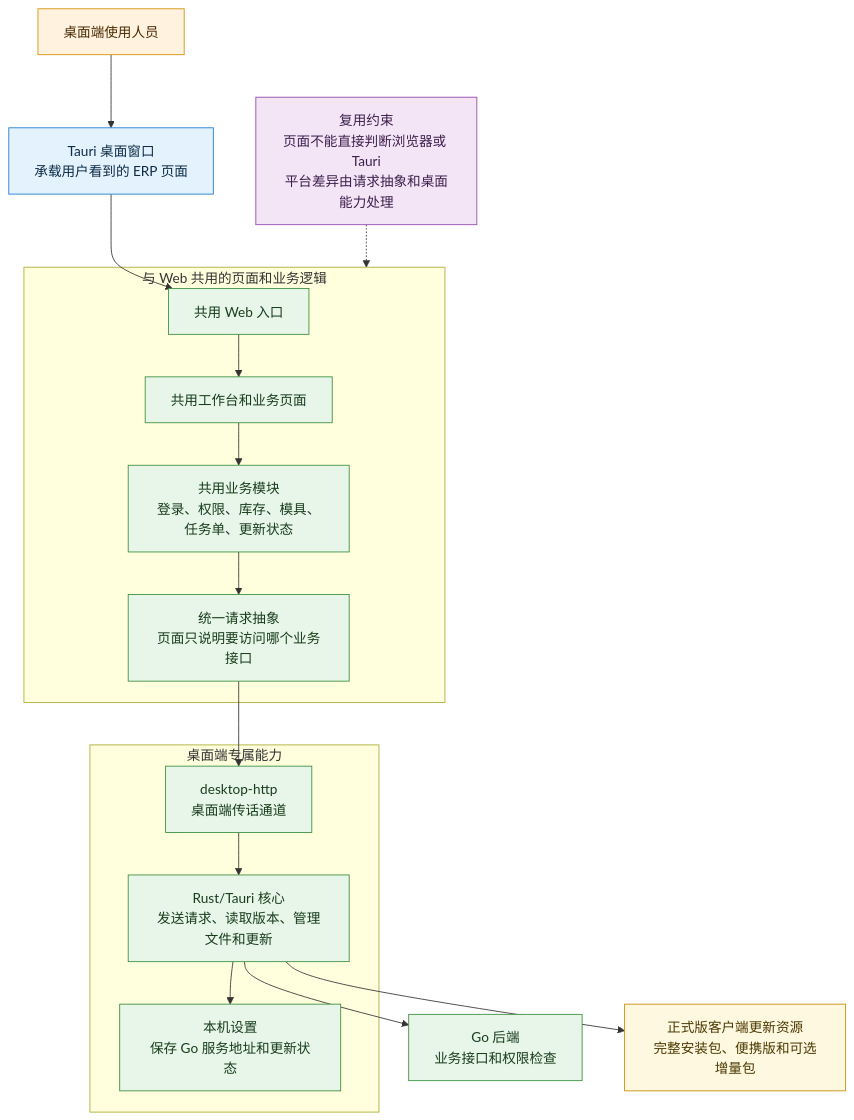
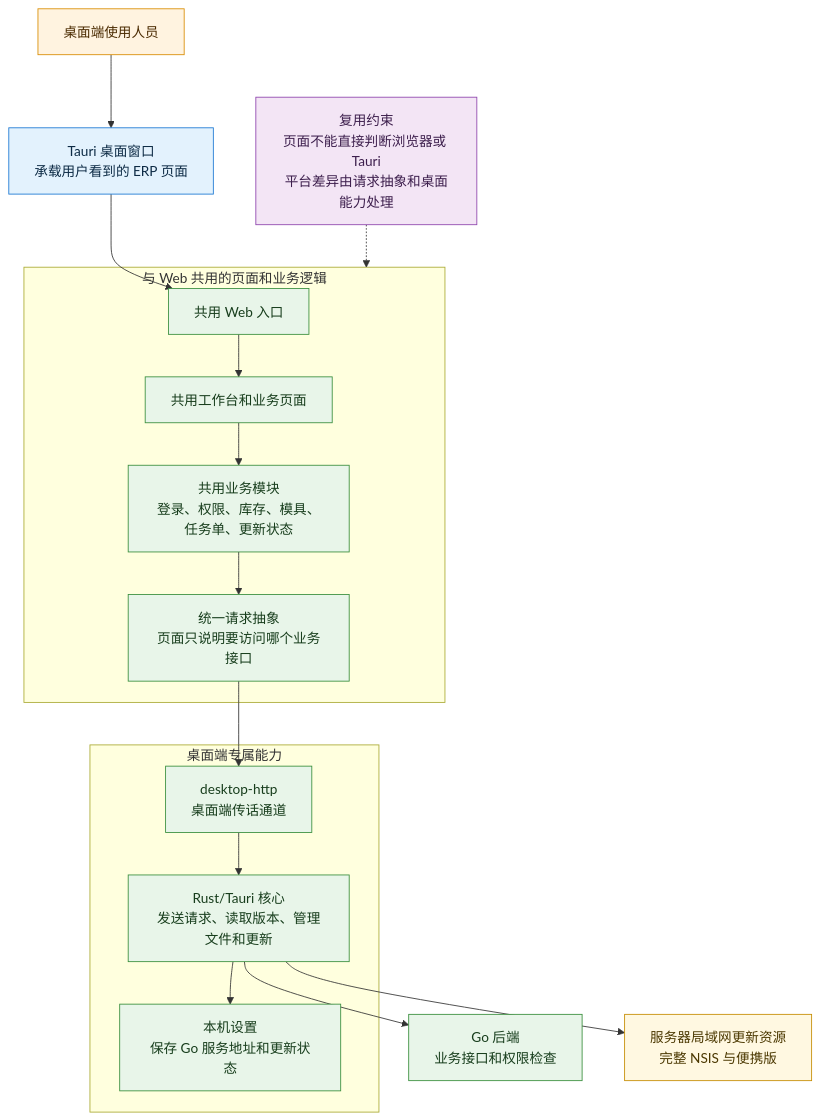
One commit to SilenceJR/bb_erp_echo changed the second of 7 diagrams in docs/WEB_CLIENT_ARCHITECTURE.md. Above: the diagram before and after it, drawn with Mermaid. The commit also changed other lines of this file and 53 other files, not shown here.

```diff
--- a/docs/WEB_CLIENT_ARCHITECTURE.md
+++ b/docs/WEB_CLIENT_ARCHITECTURE.md
@@ -70,41 +70,41 @@
 ~~~mermaid
 flowchart TB
     user["桌面端使用人员"]:::user
     window["Tauri 桌面窗口<br/>承载用户看到的 ERP 页面"]:::entry
 
     subgraph shared["与 Web 共用的页面和业务逻辑"]
         main["共用 Web 入口"]:::done
         workspace["共用工作台和业务页面"]:::done
         composables["共用业务模块<br/>登录、权限、库存、模具、任务单、更新状态"]:::done
         transport["统一请求抽象<br/>页面只说明要访问哪个业务接口"]:::done
     end
 
     subgraph desktop["桌面端专属能力"]
         bridge["desktop-http<br/>桌面端传话通道"]:::done
         rust["Rust/Tauri 核心<br/>发送请求、读取版本、管理文件和更新"]:::done
         local["本机设置<br/>保存 Go 服务地址和更新状态"]:::done
     end
 
     server["Go 后端<br/>业务接口和权限检查"]:::done
-    packages["正式版客户端更新资源<br/>完整安装包、便携版和可选增量包"]:::pending
+    packages["服务器局域网更新资源<br/>完整 NSIS 与便携版"]:::pending
 
     user --> window
     window --> main
     main --> workspace
     workspace --> composables
     composables --> transport
     transport --> bridge
     bridge --> rust
     rust --> server
     rust --> local
     rust --> packages
 
     boundary["复用约束<br/>页面不能直接判断浏览器或 Tauri<br/>平台差异由请求抽象和桌面能力处理"]:::boundary
     boundary -.-> shared
 
     classDef user fill:#fff3e0,stroke:#d98c00,color:#4a2a00
     classDef entry fill:#e3f2fd,stroke:#1976d2,color:#0d2b45
     classDef done fill:#e8f5e9,stroke:#388e3c,color:#173d1c
     classDef pending fill:#fff8e1,stroke:#c58b00,color:#4b3800
     classDef boundary fill:#f3e5f5,stroke:#8e44ad,color:#3d1f4d
 ~~~
```
